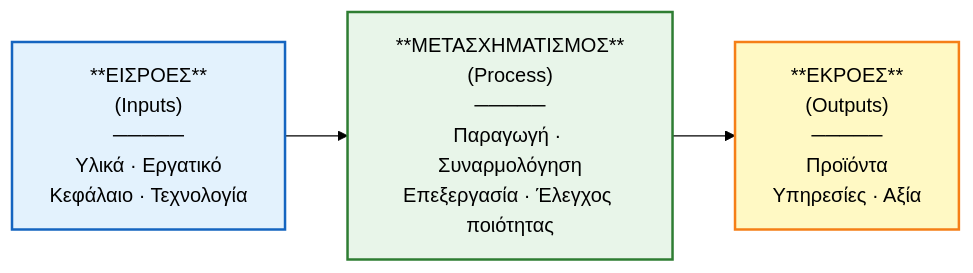
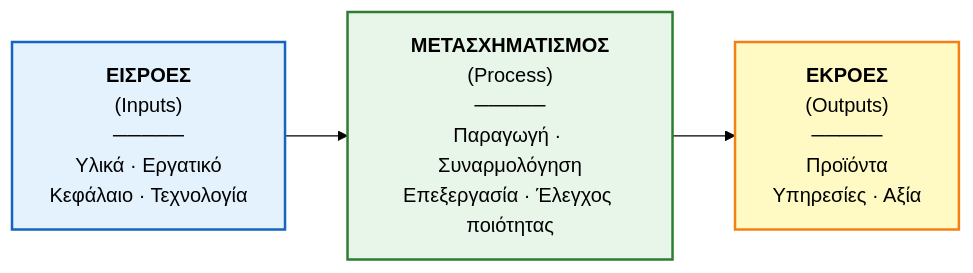
One commit to tsadimas-wa/dss-data-analytics changed the diagram in msc/img/lecture2/diag_ipo.mmd. Above: the diagram before and after it, drawn with Mermaid (forest theme). The commit also changed 8 other files, not shown here.

First line of the commit message:
docs(lecture2): enhance content and diagram formatting

```diff
--- a/msc/img/lecture2/diag_ipo.mmd
+++ b/msc/img/lecture2/diag_ipo.mmd
@@ -1,7 +1,7 @@
 flowchart LR
-    A["**ΕΙΣΡΟΕΣ**\n(Inputs)\n─────\nΥλικά · Εργατικό\nΚεφάλαιο · Τεχνολογία"]
-    -->|" "| B["**ΜΕΤΑΣΧΗΜΑΤΙΣΜΟΣ**\n(Process)\n─────\nΠαραγωγή · Συναρμολόγηση\nΕπεξεργασία · Έλεγχος ποιότητας"]
-    -->|" "| C["**ΕΚΡΟΕΣ**\n(Outputs)\n─────\nΠροϊόντα\nΥπηρεσίες · Αξία"]
+    A["<b>ΕΙΣΡΟΕΣ</b>\n(Inputs)\n─────\nΥλικά · Εργατικό\nΚεφάλαιο · Τεχνολογία"]
+    -->|" "| B["<b>ΜΕΤΑΣΧΗΜΑΤΙΣΜΟΣ</b>\n(Process)\n─────\nΠαραγωγή · Συναρμολόγηση\nΕπεξεργασία · Έλεγχος ποιότητας"]
+    -->|" "| C["<b>ΕΚΡΟΕΣ</b>\n(Outputs)\n─────\nΠροϊόντα\nΥπηρεσίες · Αξία"]
     style A fill:#E3F2FD,stroke:#1565C0,stroke-width:2px
     style B fill:#E8F5E9,stroke:#2E7D32,stroke-width:2px
     style C fill:#FFF9C4,stroke:#F57F17,stroke-width:2px
```
